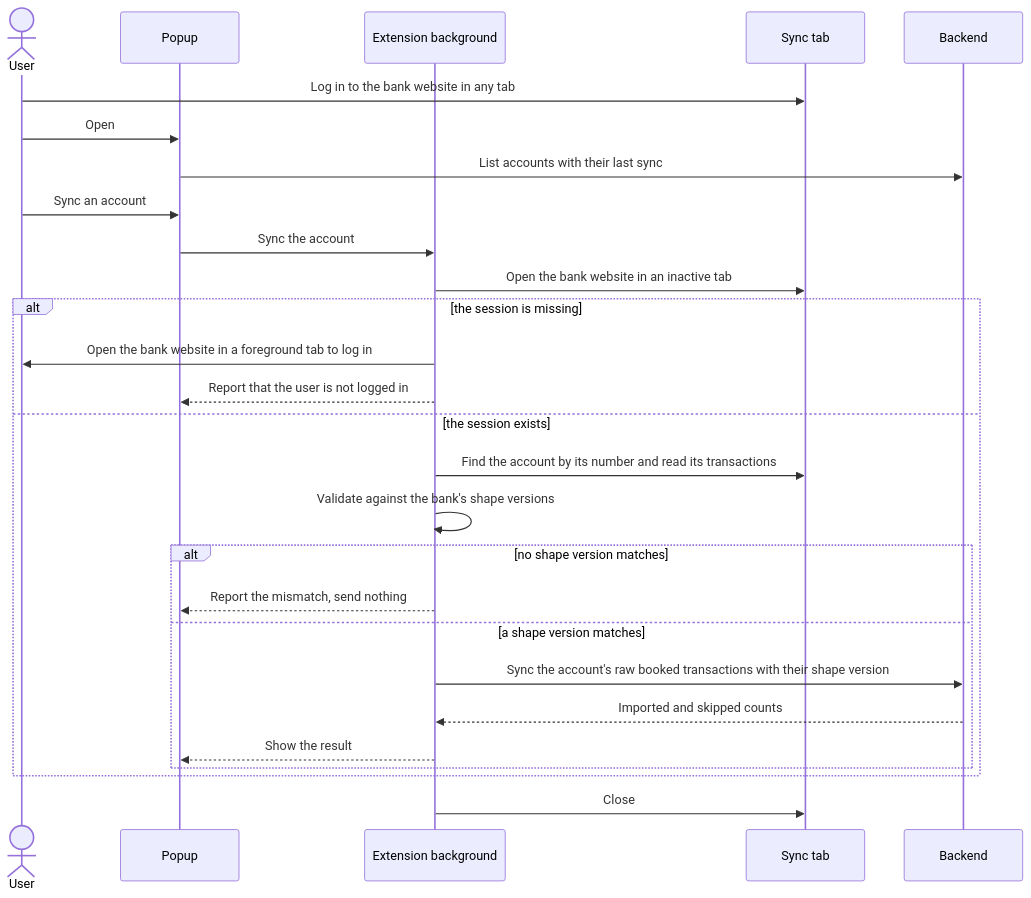
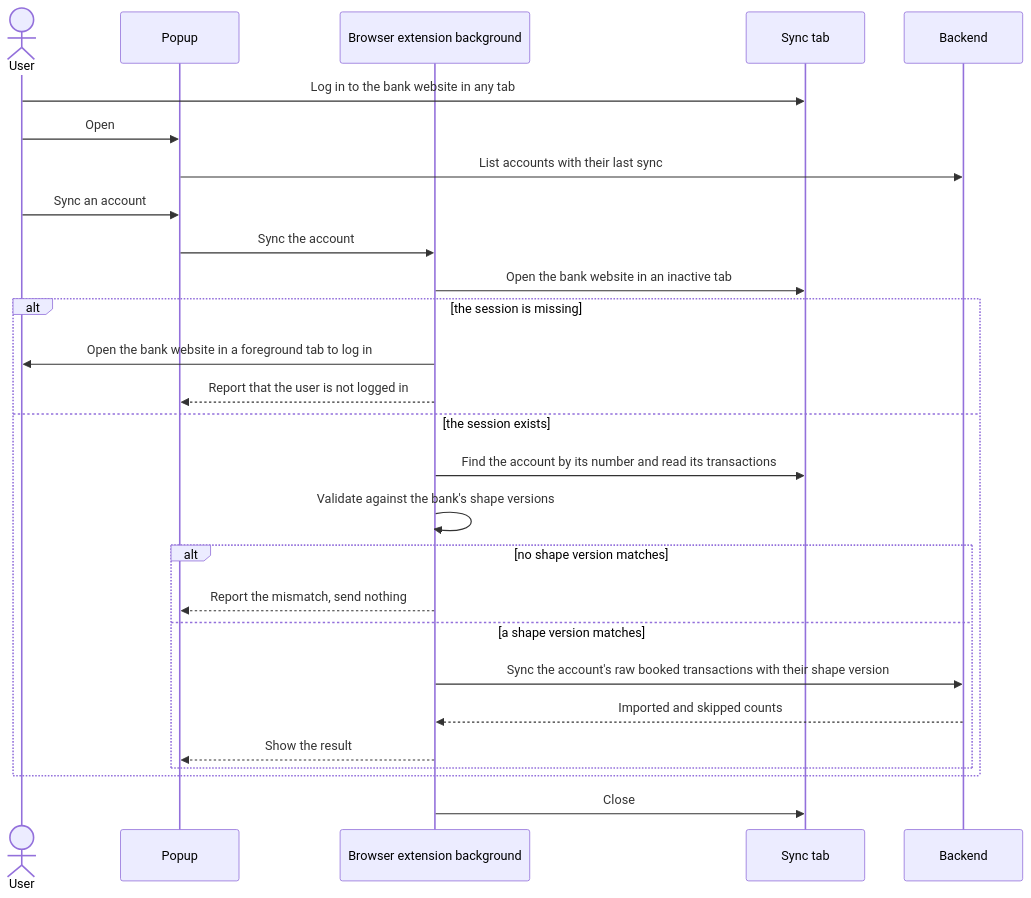
Before and after one commit to lennartmoeller/finance-tracker: the third of 5 diagrams in docs/architecture.md, drawn with Mermaid. The commit also changed other lines of this file and 122 other files, not shown here.

````diff
--- a/docs/architecture.md
+++ b/docs/architecture.md
@@ -82,29 +76,29 @@
 ```mermaid
 sequenceDiagram
   actor User
   participant Popup
-  participant Ext as Extension background
+  participant Ext as Browser extension background
   participant Tab as Sync tab
   participant BE as Backend
   User->>Tab: Log in to the bank website in any tab
   User->>Popup: Open
   Popup->>BE: List accounts with their last sync
   User->>Popup: Sync an account
   Popup->>Ext: Sync the account
   Ext->>Tab: Open the bank website in an inactive tab
   alt the session is missing
     Ext->>User: Open the bank website in a foreground tab to log in
     Ext-->>Popup: Report that the user is not logged in
   else the session exists
     Ext->>Tab: Find the account by its number and read its transactions
     Ext->>Ext: Validate against the bank's shape versions
     alt no shape version matches
       Ext-->>Popup: Report the mismatch, send nothing
     else a shape version matches
       Ext->>BE: Sync the account's raw booked transactions with their shape version
       BE-->>Ext: Imported and skipped counts
       Ext-->>Popup: Show the result
     end
   end
   Ext->>Tab: Close
 ```
````
